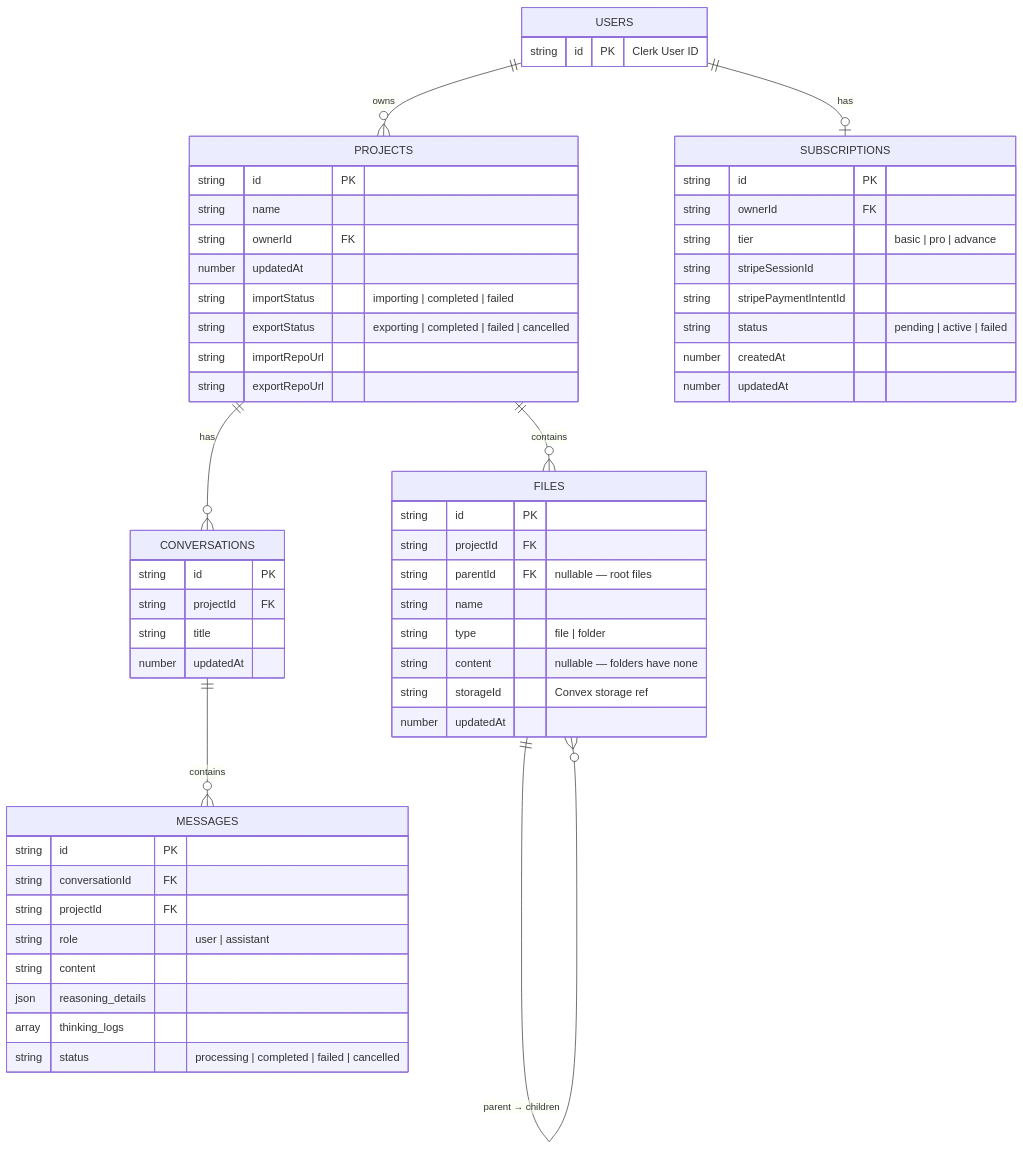
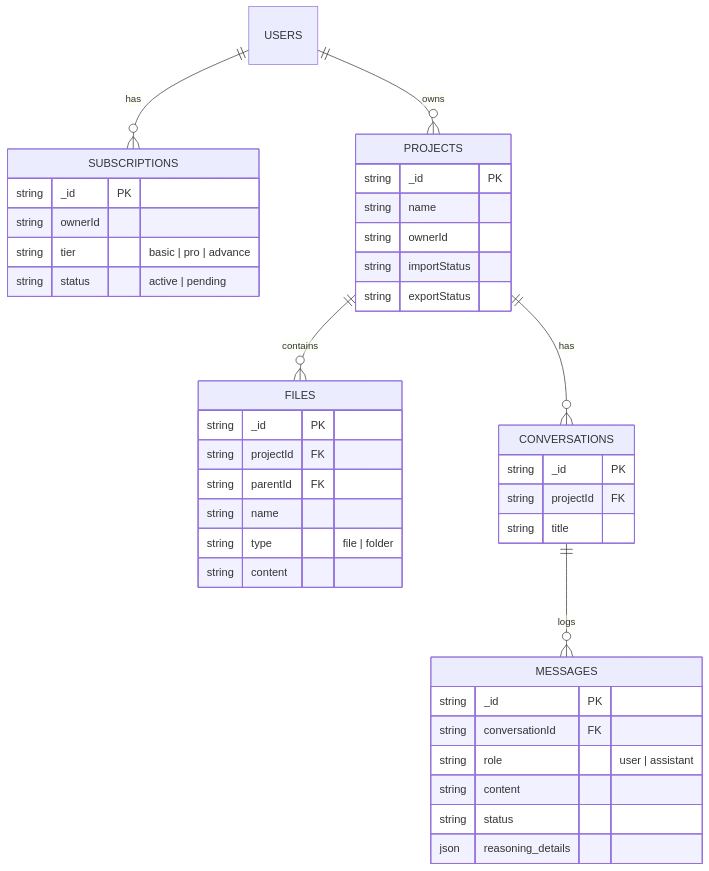
One commit to Tarun25112002/orbit changed the third of 3 diagrams in README.md. Above: the diagram before and after it, drawn with Mermaid. The commit also changed other lines of this file, not shown here.

Commit message:
docs: overhaul README to provide a concise project summary and feature list

````diff
--- a/README.md
+++ b/README.md
@@ -317,64 +105,47 @@
 ```mermaid
 erDiagram
+    USERS ||--o{ SUBSCRIPTIONS : has
     USERS ||--o{ PROJECTS : owns
-    USERS ||--o| SUBSCRIPTIONS : has
     PROJECTS ||--o{ FILES : contains
     PROJECTS ||--o{ CONVERSATIONS : has
-    CONVERSATIONS ||--o{ MESSAGES : contains
-    FILES ||--o{ FILES : "parent → children"
-
-    USERS {
-        string id PK "Clerk User ID"
-    }
+    CONVERSATIONS ||--o{ MESSAGES : logs
 
     PROJECTS {
-        string id PK
+        string _id PK
         string name
-        string ownerId FK
-        number updatedAt
-        string importStatus "importing | completed | failed"
-        string exportStatus "exporting | completed | failed | cancelled"
-        string importRepoUrl
-        string exportRepoUrl
+        string ownerId
+        string importStatus
+        string exportStatus
     }
 
     FILES {
-        string id PK
+        string _id PK
         string projectId FK
-        string parentId FK "nullable — root files"
+        string parentId FK
         string name
         string type "file | folder"
-        string content "nullable — folders have none"
-        string storageId "Convex storage ref"
-        number updatedAt
+        string content
     }
 
     CONVERSATIONS {
-        string id PK
+        string _id PK
         string projectId FK
         string title
-        number updatedAt
     }
 
     MESSAGES {
-        string id PK
+        string _id PK
         string conversationId FK
-        string projectId FK
         string role "user | assistant"
         string content
+        string status
         json reasoning_details
-        array thinking_logs
-        string status "processing | completed | failed | cancelled"
     }
 
     SUBSCRIPTIONS {
-        string id PK
-        string ownerId FK
+        string _id PK
+        string ownerId
         string tier "basic | pro | advance"
-        string stripeSessionId
-        string stripePaymentIntentId
-        string status "pending | active | failed"
-        number createdAt
-        number updatedAt
+        string status "active | pending"
     }
 ```
````
